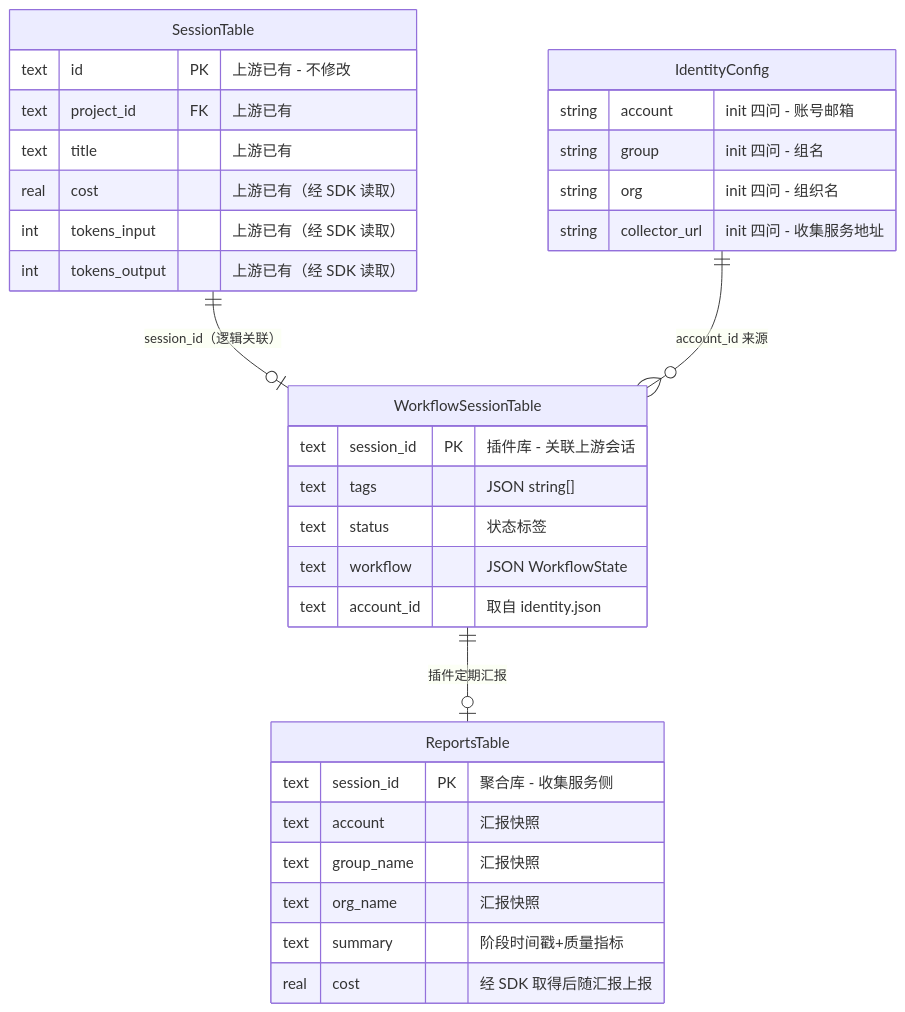
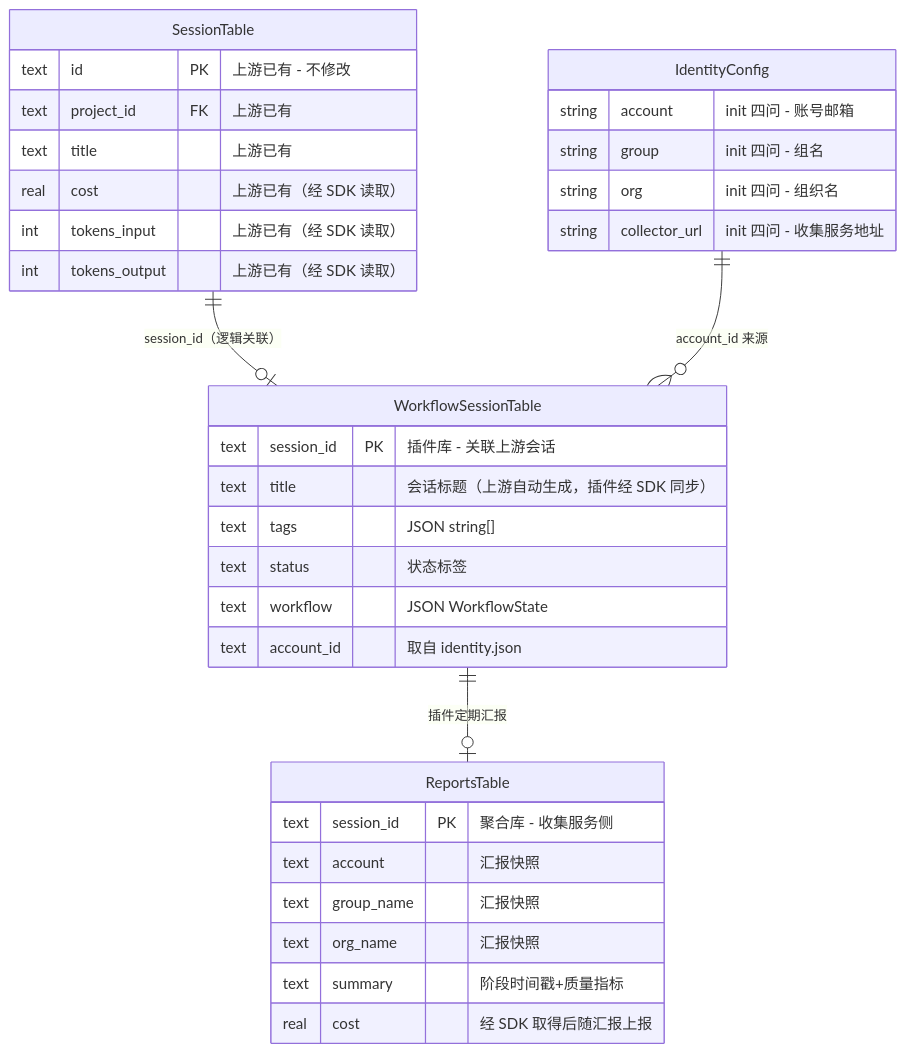
The seventh of 15 diagrams in opencode-session-mgmt/docs/session-management.md (wonglaitung/opencode), drawn with Mermaid before and after one commit. The commit also changed other lines of this file and 9 other files, not shown here.

````diff
--- a/opencode-session-mgmt/docs/session-management.md
+++ b/opencode-session-mgmt/docs/session-management.md
@@ -337,39 +337,40 @@
 ```mermaid
 erDiagram
     SessionTable {
         text id PK "上游已有 - 不修改"
         text project_id FK "上游已有"
         text title "上游已有"
         real cost "上游已有（经 SDK 读取）"
         int tokens_input "上游已有（经 SDK 读取）"
         int tokens_output "上游已有（经 SDK 读取）"
     }
 
     WorkflowSessionTable {
         text session_id PK "插件库 - 关联上游会话"
+        text title "会话标题（上游自动生成，插件经 SDK 同步）"
         text tags "JSON string[]"
         text status "状态标签"
         text workflow "JSON WorkflowState"
         text account_id "取自 identity.json"
     }
 
     IdentityConfig {
         string account "init 四问 - 账号邮箱"
         string group "init 四问 - 组名"
         string org "init 四问 - 组织名"
         string collector_url "init 四问 - 收集服务地址"
     }
 
     ReportsTable {
         text session_id PK "聚合库 - 收集服务侧"
         text account "汇报快照"
         text group_name "汇报快照"
         text org_name "汇报快照"
         text summary "阶段时间戳+质量指标"
         real cost "经 SDK 取得后随汇报上报"
     }
 
     SessionTable ||--o| WorkflowSessionTable : "session_id（逻辑关联）"
     IdentityConfig ||--o{ WorkflowSessionTable : "account_id 来源"
     WorkflowSessionTable ||--o| ReportsTable : "插件定期汇报"
 ```
````
